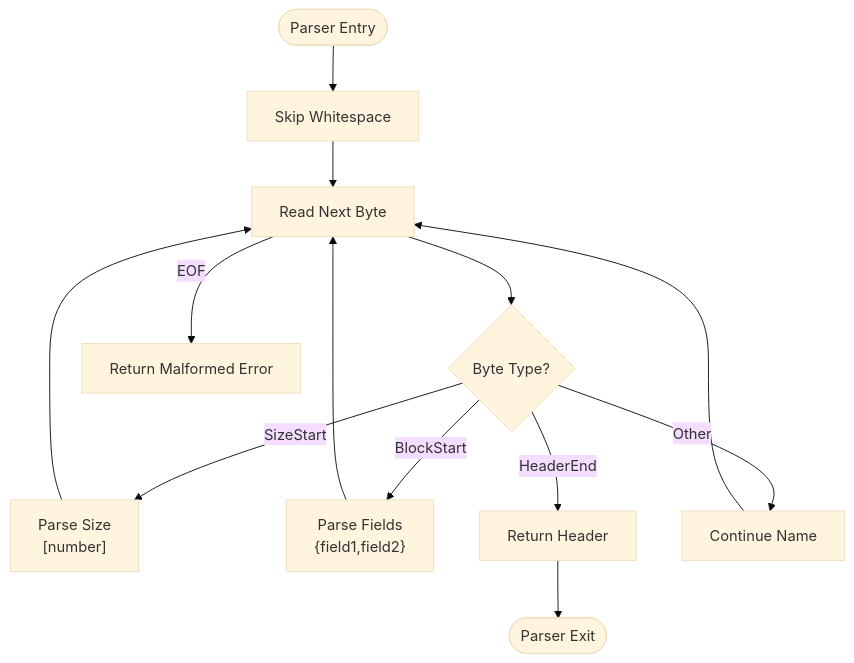
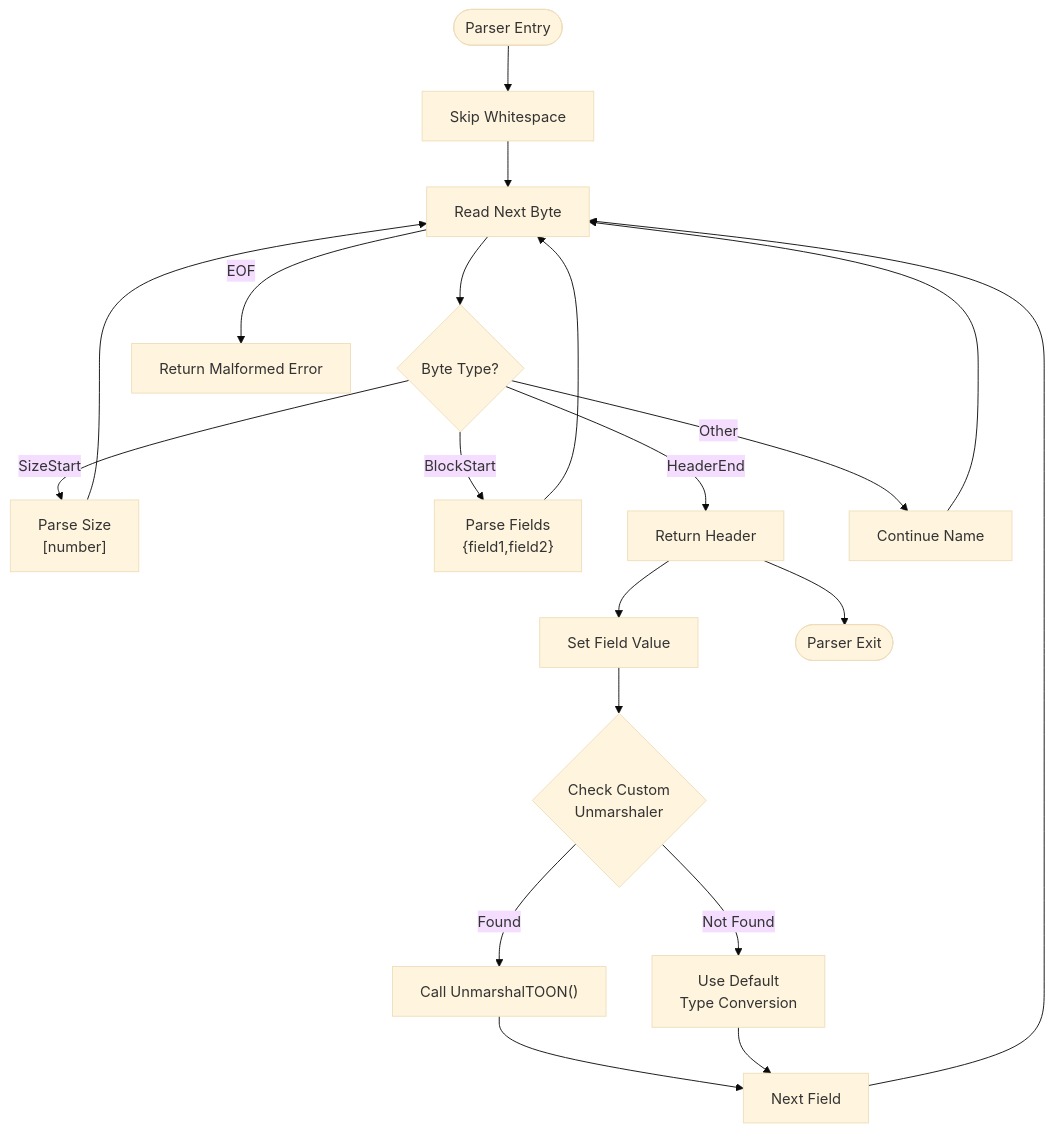
One commit to OTumanov/go-toon changed the fourth of 17 diagrams in .qoder/repowiki/en/content/Decoder Engine.md. Above: the diagram before and after it, drawn with Mermaid (base theme). The commit also changed other lines of this file and 11 other files, not shown here.

First line of the commit message:
feat: add Pre-flight Schema + Token Calculator to toongen

````diff
--- a/.qoder/repowiki/en/content/Decoder Engine.md
+++ b/.qoder/repowiki/en/content/Decoder Engine.md
@@ -242,15 +319,22 @@
 ```mermaid
 flowchart TD
 START([Parser Entry]) --> SKIP_WS["Skip Whitespace"]
 SKIP_WS --> READ_BYTE["Read Next Byte"]
 READ_BYTE --> CHECK_TYPE{"Byte Type?"}
 CHECK_TYPE --> |SizeStart| PARSE_SIZE["Parse Size<br/>[number]"]
 CHECK_TYPE --> |BlockStart| PARSE_FIELDS["Parse Fields<br/>{field1,field2}"]
 CHECK_TYPE --> |HeaderEnd| RETURN_HEADER["Return Header"]
 CHECK_TYPE --> |Other| CONTINUE_NAME["Continue Name"]
 PARSE_SIZE --> READ_BYTE
 PARSE_FIELDS --> READ_BYTE
 CONTINUE_NAME --> READ_BYTE
+RETURN_HEADER --> SET_FIELD["Set Field Value"]
+SET_FIELD --> CHECK_UNMARSHALER{"Check Custom<br/>Unmarshaler"}
+CHECK_UNMARSHALER --> |Found| CALL_UNMARSHALER["Call UnmarshalTOON()"]
+CHECK_UNMARSHALER --> |Not Found| USE_DEFAULT["Use Default<br/>Type Conversion"]
+CALL_UNMARSHALER --> NEXT_FIELD["Next Field"]
+USE_DEFAULT --> NEXT_FIELD
+NEXT_FIELD --> READ_BYTE
 RETURN_HEADER --> END([Parser Exit])
 READ_BYTE --> |EOF| ERROR["Return Malformed Error"]
 ```
````
